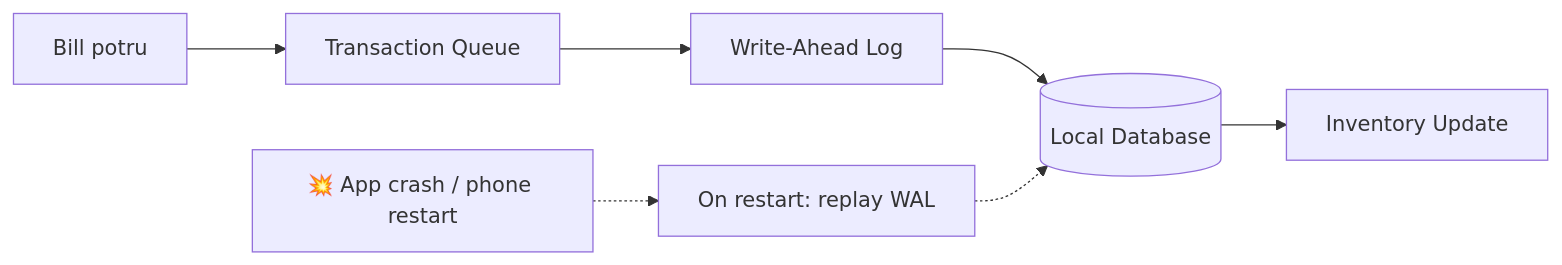
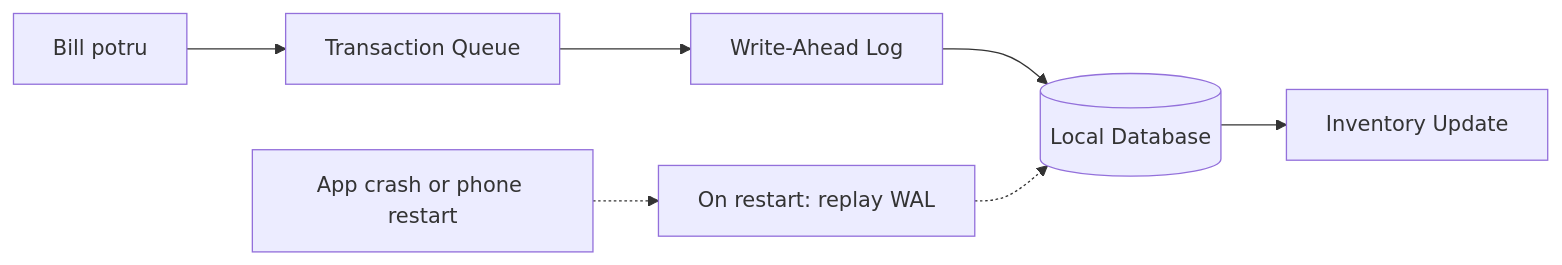
Before and after one commit to bowsii/Kirana-Flow: the seventh of 7 diagrams in README.md, drawn with Mermaid. The commit also changed other lines of this file, not shown here.

````diff
--- a/README.md
+++ b/README.md
@@ -318,10 +327,10 @@
 ```mermaid
 flowchart LR
-    A[Bill potru] --> B[Transaction Queue]
-    B --> C[Write-Ahead Log]
-    C --> D[(Local Database)]
-    D --> E[Inventory Update]
+    A["Bill potru"] --> B["Transaction Queue"]
+    B --> C["Write-Ahead Log"]
+    C --> D[("Local Database")]
+    D --> E["Inventory Update"]
 
-    X[💥 App crash / phone restart] -.-> R[On restart: replay WAL]
+    X["App crash or phone restart"] -.-> R["On restart: replay WAL"]
     R -.-> D
 ```
````
